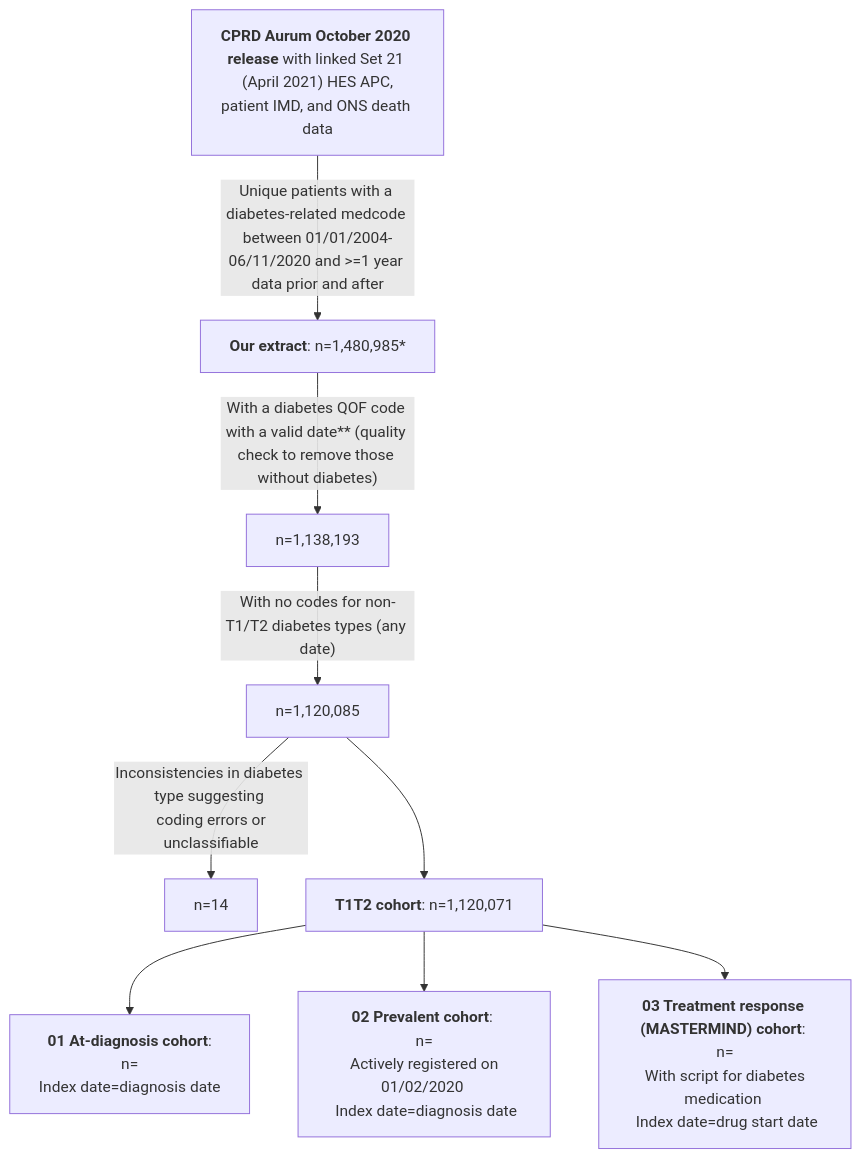
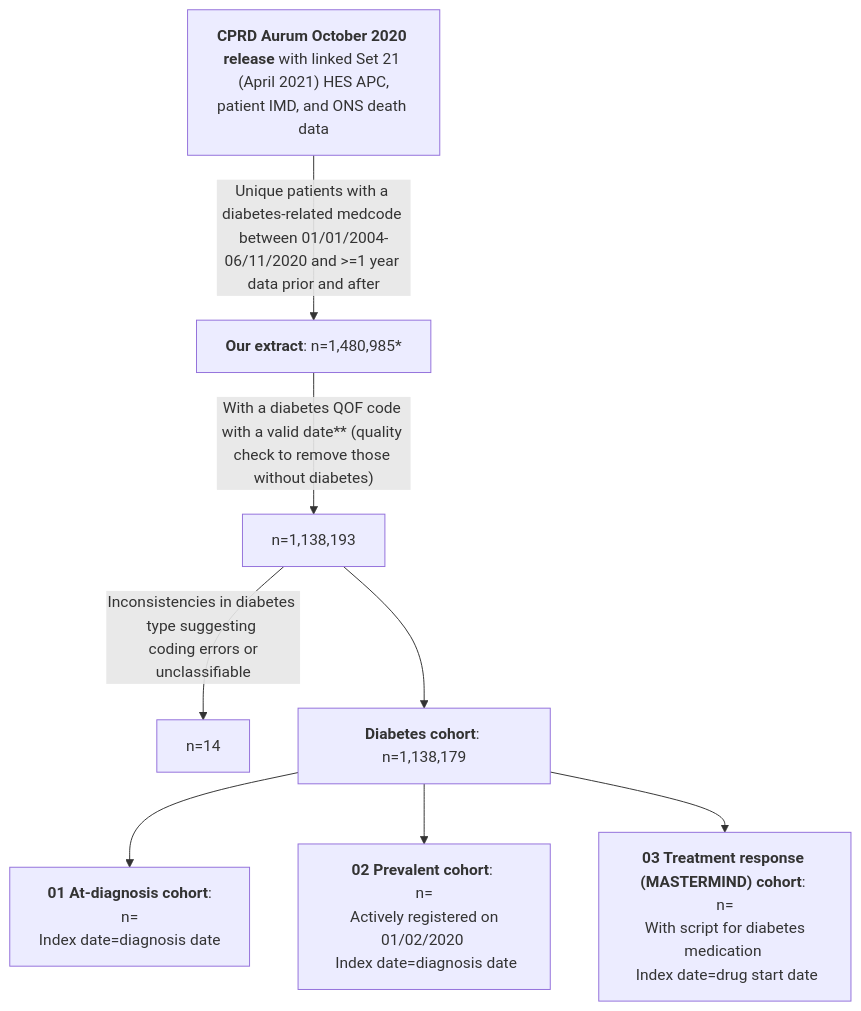
One commit to Exeter-Diabetes/CPRD-Cohort-scripts changed the first of 2 diagrams in README.md. Above: the diagram before and after it, drawn with Mermaid. The commit also changed other lines of this file, not shown here.

````diff
--- a/README.md
+++ b/README.md
@@ -12,11 +12,10 @@
 ```mermaid
 graph TD;
     A["<b>CPRD Aurum October 2020 release</b> with linked Set 21 <br> (April 2021) HES APC, patient IMD, and ONS death data"] --> |"Unique patients with a diabetes-related medcode between 01/01/2004-06/11/2020 and >=1 year data prior and after"| B["<b>Our extract</b>: n=1,480,985*"]
     B -->|"With a diabetes QOF code with a valid date** (quality check to remove those without diabetes)"|C["n=1,138,193"]
-    C --> |"With no codes for non-T1/T2 diabetes types (any date)"|D["n=1,120,085"]
-    D --> |"Inconsistencies in diabetes type suggesting <br> coding errors or unclassifiable"|E["n=14"]
-    D --> F["<b>T1T2 cohort</b>: n=1,120,071"]
-    F --> G["<b>01 At-diagnosis cohort</b>: <br> n= <br> Index date=diagnosis date"]
-    F --> H["<b>02 Prevalent cohort</b>: <br> n= <br> Actively registered on 01/02/2020 <br> Index date=diagnosis date"]
-    F --> I["<b>03 Treatment response (MASTERMIND) cohort</b>: <br> n= <br> With script for diabetes medication <br> Index date=drug start date"]
+    C --> |"Inconsistencies in diabetes type suggesting <br> coding errors or unclassifiable"|D["n=14"]
+    C --> E["<b>Diabetes cohort</b>: n=1,138,179"]
+    E --> F["<b>01 At-diagnosis cohort</b>: <br> n= <br> Index date=diagnosis date"]
+    E --> G["<b>02 Prevalent cohort</b>: <br> n= <br> Actively registered on 01/02/2020 <br> Index date=diagnosis date"]
+    E --> H["<b>03 Treatment response (MASTERMIND) cohort</b>: <br> n= <br> With script for diabetes medication <br> Index date=drug start date"]
 ```
````
